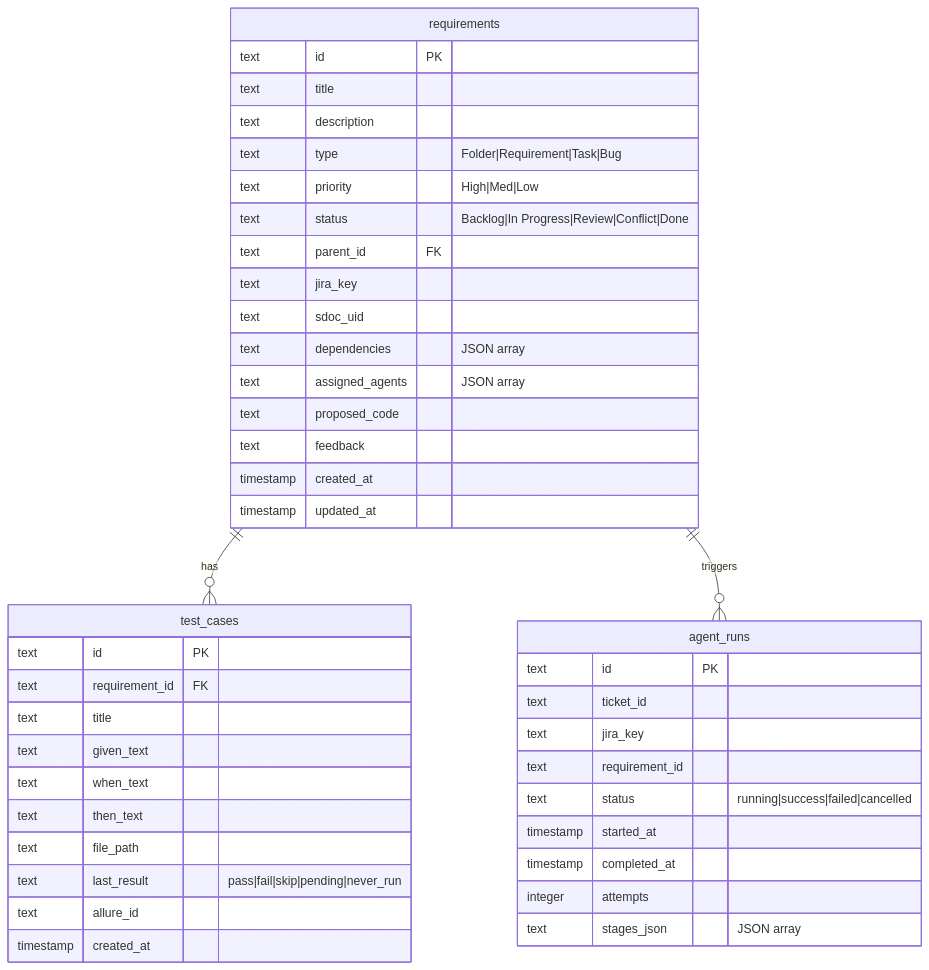
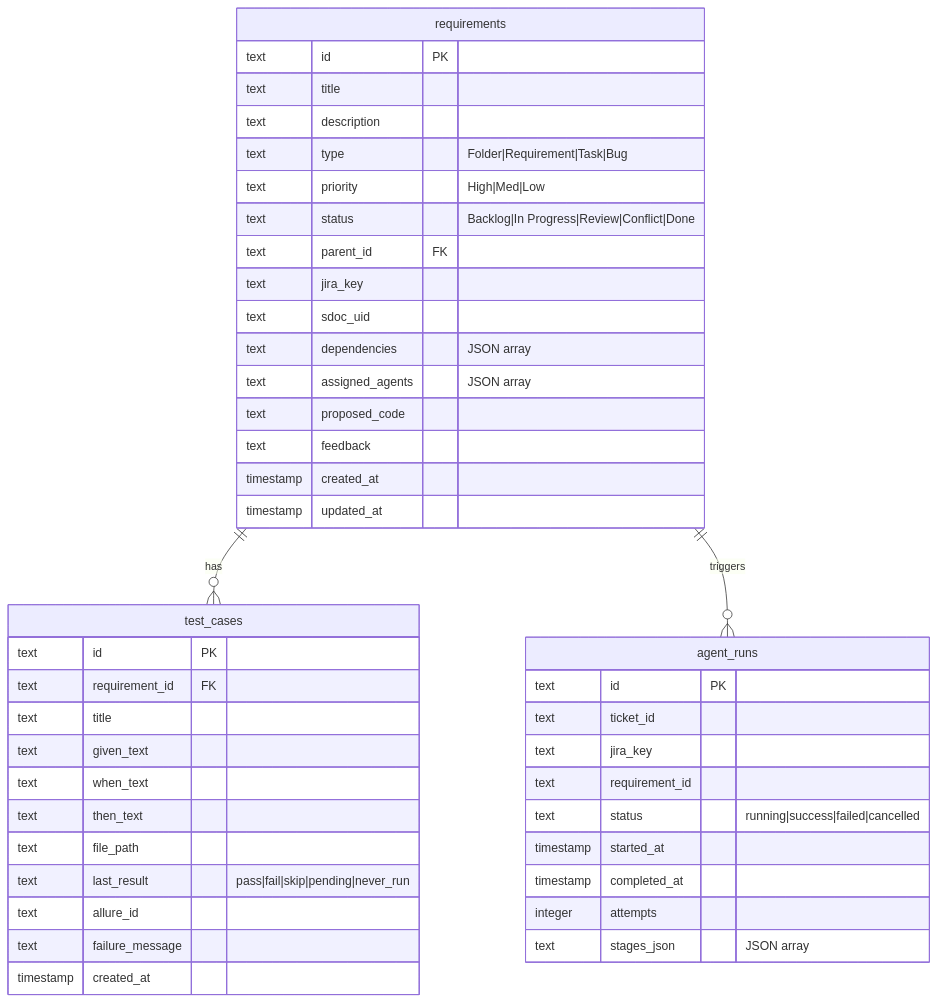
One commit to AlbinAhlstrom/provable changed the diagram in vault/01-Architecture/Database Schema.md. Above: the diagram before and after it, drawn with Mermaid. The commit also changed other lines of this file and 63 other files, not shown here.

````diff
--- a/vault/01-Architecture/Database Schema.md
+++ b/vault/01-Architecture/Database Schema.md
@@ -5,45 +5,46 @@
 ```mermaid
 erDiagram
     requirements ||--o{ test_cases : "has"
     requirements ||--o{ agent_runs : "triggers"
     requirements {
         text id PK
         text title
         text description
         text type "Folder|Requirement|Task|Bug"
         text priority "High|Med|Low"
         text status "Backlog|In Progress|Review|Conflict|Done"
         text parent_id FK
         text jira_key
         text sdoc_uid
         text dependencies "JSON array"
         text assigned_agents "JSON array"
         text proposed_code
         text feedback
         timestamp created_at
         timestamp updated_at
     }
     test_cases {
         text id PK
         text requirement_id FK
         text title
         text given_text
         text when_text
         text then_text
         text file_path
         text last_result "pass|fail|skip|pending|never_run"
         text allure_id
+        text failure_message
         timestamp created_at
     }
     agent_runs {
         text id PK
         text ticket_id
         text jira_key
         text requirement_id
         text status "running|success|failed|cancelled"
         timestamp started_at
         timestamp completed_at
         integer attempts
         text stages_json "JSON array"
     }
 ```
````
